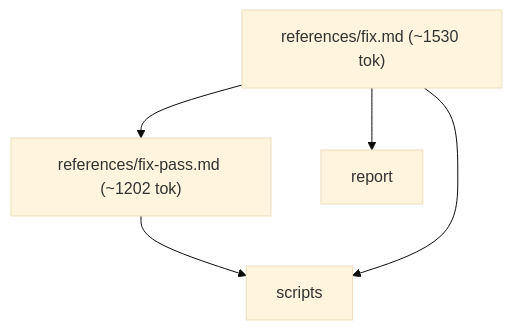
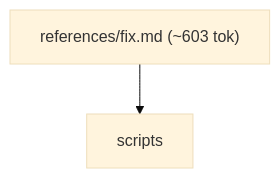
Before and after one commit to alecegg/varde: the second of 6 diagrams in skills/varde-review/FLOW.md, drawn with Mermaid (base theme). The commit also changed other lines of this file and 1293 other files, not shown here.

````diff
--- a/skills/varde-review/FLOW.md
+++ b/skills/varde-review/FLOW.md
@@ -49,11 +37,6 @@
 ```mermaid
 flowchart TD
-  n0["references/fix-pass.md (~1202 tok)"]
-  n1["references/fix.md (~1530 tok)"]
-  n2["report"]
-  n3["scripts"]
-  n0 --> n3
-  n1 --> n0
-  n1 --> n2
-  n1 --> n3
+  n0["references/fix.md (~603 tok)"]
+  n1["scripts"]
+  n0 --> n1
 ```
````
